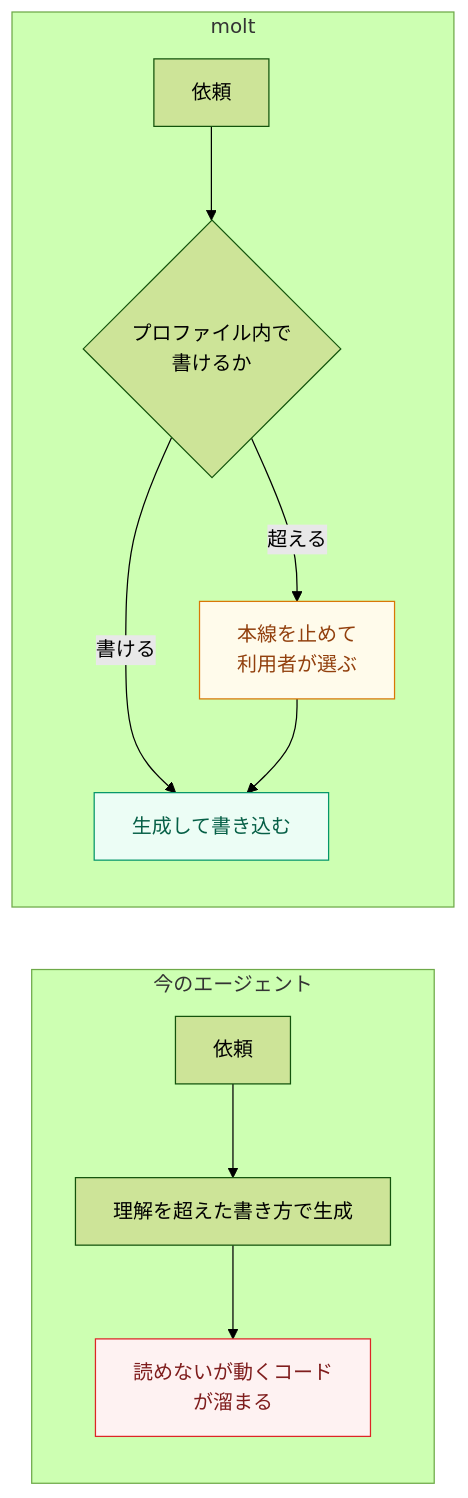
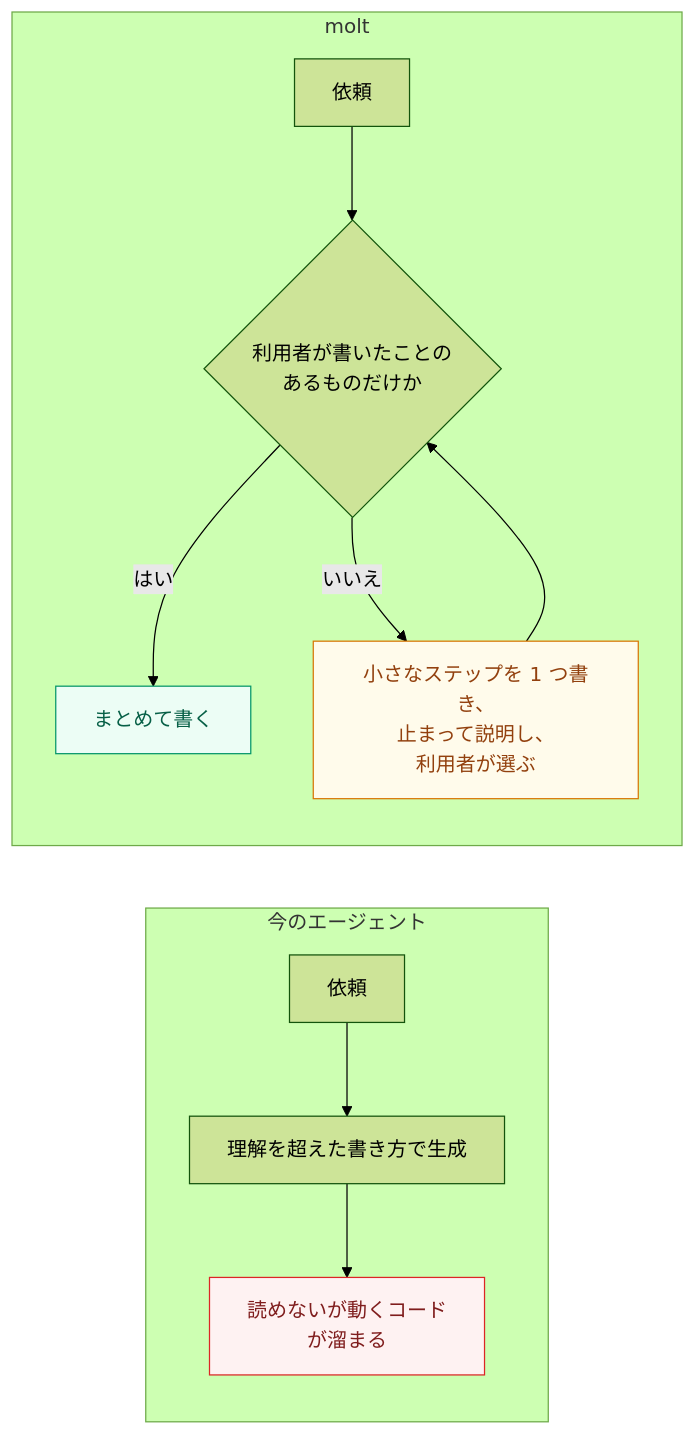
One commit to sumiredc/molt changed the first of 9 diagrams in PRD.ja.md. Above: the diagram before and after it, drawn with Mermaid (forest theme). The commit also changed other lines of this file and 1 other file, not shown here.

````diff
--- a/PRD.ja.md
+++ b/PRD.ja.md
@@ -20,15 +20,15 @@
 ```mermaid
 flowchart LR
   subgraph now["今のエージェント"]
     A1["依頼"] --> A2["理解を超えた書き方で生成"] --> A3["読めないが動くコード<br/>が溜まる"]:::bad
   end
   subgraph molt["molt"]
-    B1["依頼"] --> B2{"プロファイル内で<br/>書けるか"}
-    B2 -- "書ける" --> B3["生成して書き込む"]:::ok
-    B2 -- "超える" --> B4["本線を止めて<br/>利用者が選ぶ"]:::warn
-    B4 --> B3
+    B1["依頼"] --> B2{"利用者が書いたことの<br/>あるものだけか"}
+    B2 -- "はい" --> B3["まとめて書く"]:::ok
+    B2 -- "いいえ" --> B4["小さなステップを 1 つ書き、<br/>止まって説明し、<br/>利用者が選ぶ"]:::warn
+    B4 --> B2
   end
   classDef ok   fill:#ecfdf5,stroke:#059669,color:#065f46
   classDef warn fill:#fffbeb,stroke:#d97706,color:#92400e
   classDef bad  fill:#fef2f2,stroke:#dc2626,color:#7f1d1d
 ```
````
